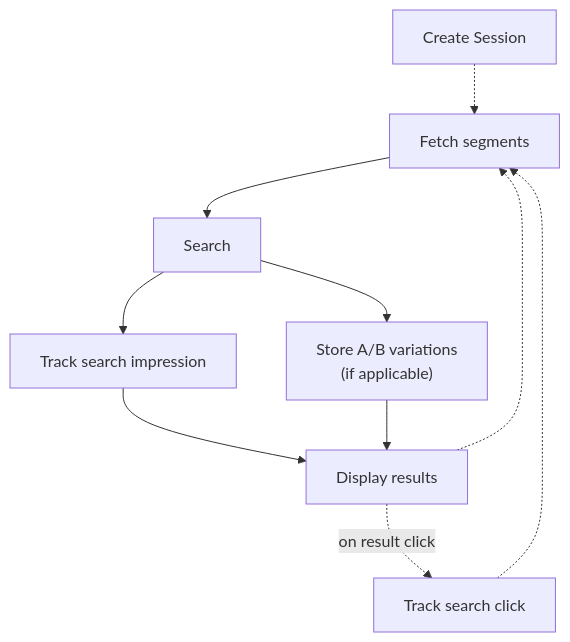
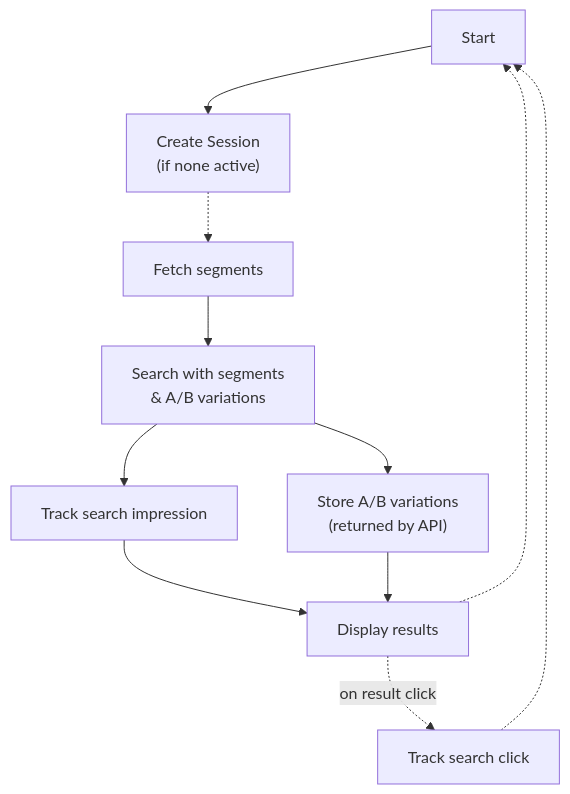
Before and after one commit to Nosto/wiki-docs: the diagram in implementing-nosto/implement-search/implement-search-using-api/analytics-ab-testing.md, drawn with Mermaid. The commit also changed other lines of this file, not shown here.

Commit message:
Describe detailed tracking requirements for search

````diff
--- a/implementing-nosto/implement-search/implement-search-using-api/analytics-ab-testing.md
+++ b/implementing-nosto/implement-search/implement-search-using-api/analytics-ab-testing.md
@@ -3,13 +11,14 @@
 ```mermaid
 flowchart TD
-    Session[Create Session] -.-> Segments[Fetch segments]
-    Segments --> Search
+    Start --> Session
+    Session["Create Session\n(if none active)"] -.-> Segments[Fetch segments]
+    Segments --> Search["Search with segments\n& A/B variations"]
     Search --> Impression[Track search impression]
-    Search --> ABTO["Store A/B variations\n(if applicable)"]
+    Search --> ABTO["Store A/B variations\n(returned by API)"]
     Impression --> Display[Display results]
     ABTO --> Display
 
     Display -.->|on result click| Click[Track search click]
-    Click -.-> Segments
-    Display -.-> Segments
+    Click -.-> Start
+    Display -.-> Start
 ```
````
